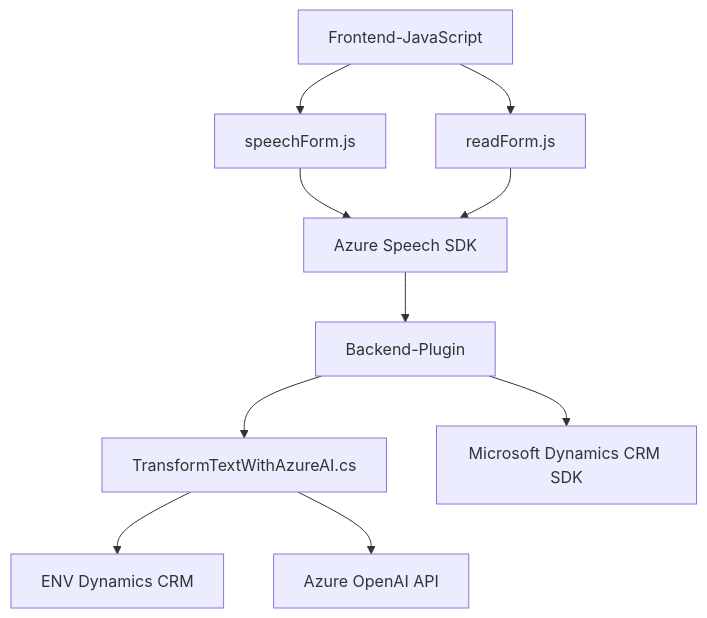
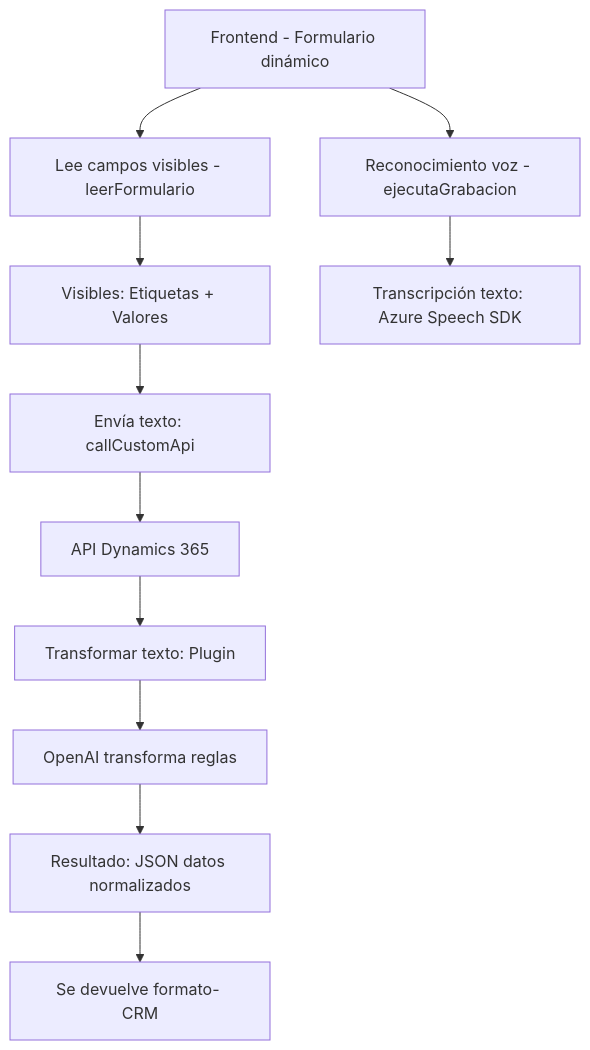
The diagram in README.md (blopezdm/NETCORE_BILBAO2025), drawn with Mermaid before and after one commit. The commit also changed other lines of this file, not shown here.

````diff
--- a/README.md
+++ b/README.md
@@ -49,13 +63,14 @@
 ```mermaid
 graph TD
-    A["Frontend-JavaScript"] --> B["readForm.js"]
-    A --> C["speechForm.js"]
-    C --> D["Azure Speech SDK"]
-    B --> D
-
-    D --> E["Backend-Plugin"]
-    E --> F["TransformTextWithAzureAI.cs"]
-    E --> G["Microsoft Dynamics CRM SDK"]
-    F --> H["ENV Dynamics CRM"]
-    F --> I["Azure OpenAI API"]
+    A["Frontend - Formulario dinámico"]
+    A --> B["Lee campos visibles - leerFormulario"]
+    A --> C["Reconocimiento voz - ejecutaGrabacion"]
+    B --> D["Visibles: Etiquetas + Valores"]
+    C --> E["Transcripción texto: Azure Speech SDK"]
+    D --> F["Envía texto: callCustomApi"]
+    F --> G["API Dynamics 365"]
+    G --> H["Transformar texto: Plugin"]
+    H --> I["OpenAI transforma reglas"]
+    I --> J["Resultado: JSON datos normalizados"]
+    J --> K["Se devuelve formato- CRM"]
 ```
````
